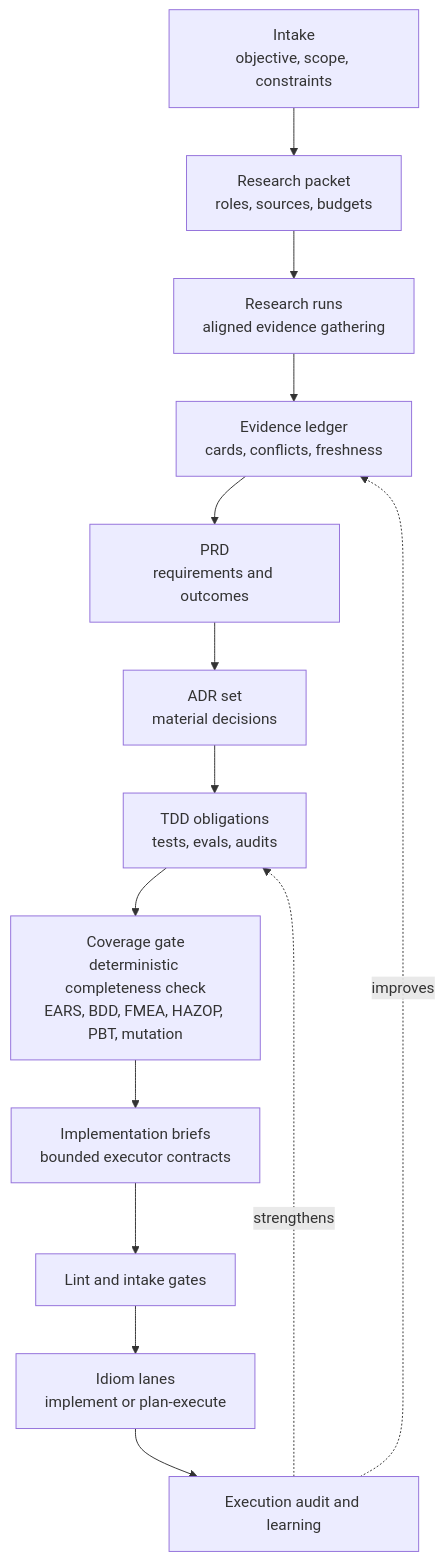
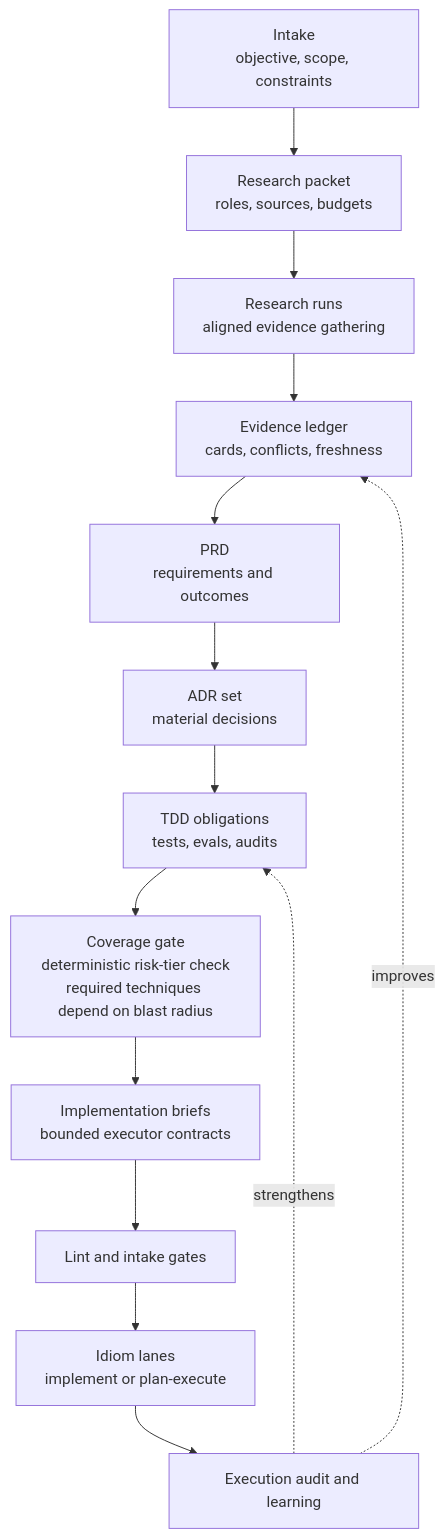
Before and after one commit to BLuchterhand/Idiom: the first of 3 diagrams in docs/design-prd-adr-brief-research-workflow.md, drawn with Mermaid. The commit also changed other lines of this file and 9 other files, not shown here.

````diff
--- a/docs/design-prd-adr-brief-research-workflow.md
+++ b/docs/design-prd-adr-brief-research-workflow.md
@@ -226,16 +260,16 @@
 ```mermaid
 flowchart TD
     Intake["Intake<br/>objective, scope, constraints"] --> ResearchPacket["Research packet<br/>roles, sources, budgets"]
     ResearchPacket --> ResearchRuns["Research runs<br/>aligned evidence gathering"]
     ResearchRuns --> EvidenceLedger["Evidence ledger<br/>cards, conflicts, freshness"]
     EvidenceLedger --> PRD["PRD<br/>requirements and outcomes"]
     PRD --> ADRs["ADR set<br/>material decisions"]
     ADRs --> TDD["TDD obligations<br/>tests, evals, audits"]
-    TDD --> CoverageGate["Coverage gate<br/>deterministic completeness check<br/>EARS, BDD, FMEA, HAZOP, PBT, mutation"]
+    TDD --> CoverageGate["Coverage gate<br/>deterministic risk-tier check<br/>required techniques depend on blast radius"]
     CoverageGate --> Briefs["Implementation briefs<br/>bounded executor contracts"]
     Briefs --> Gates["Lint and intake gates"]
     Gates --> Lanes["Idiom lanes<br/>implement or plan-execute"]
     Lanes --> Feedback["Execution audit and learning"]
     Feedback -. improves .-> EvidenceLedger
     Feedback -. strengthens .-> TDD
 ```
````
